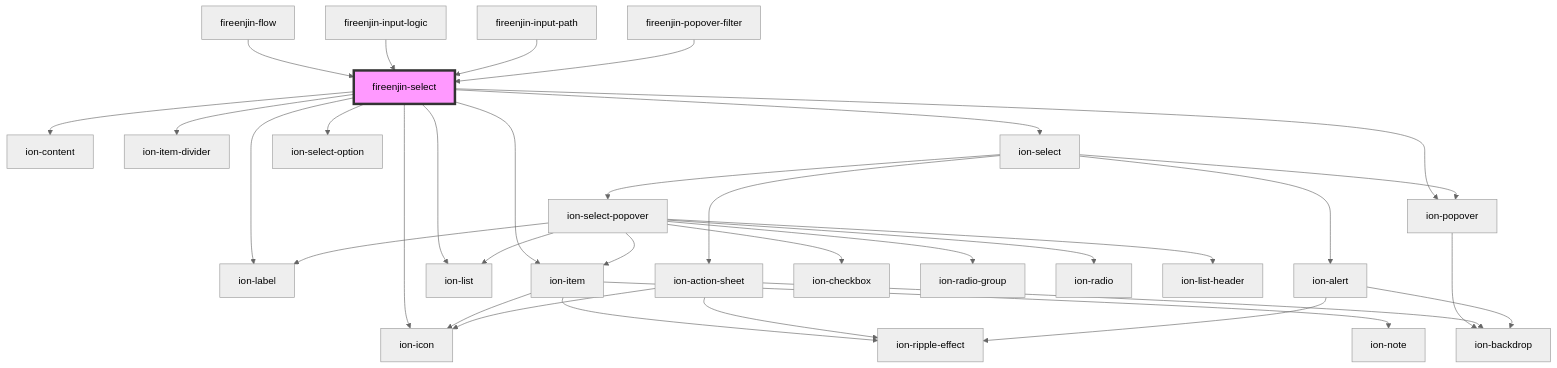
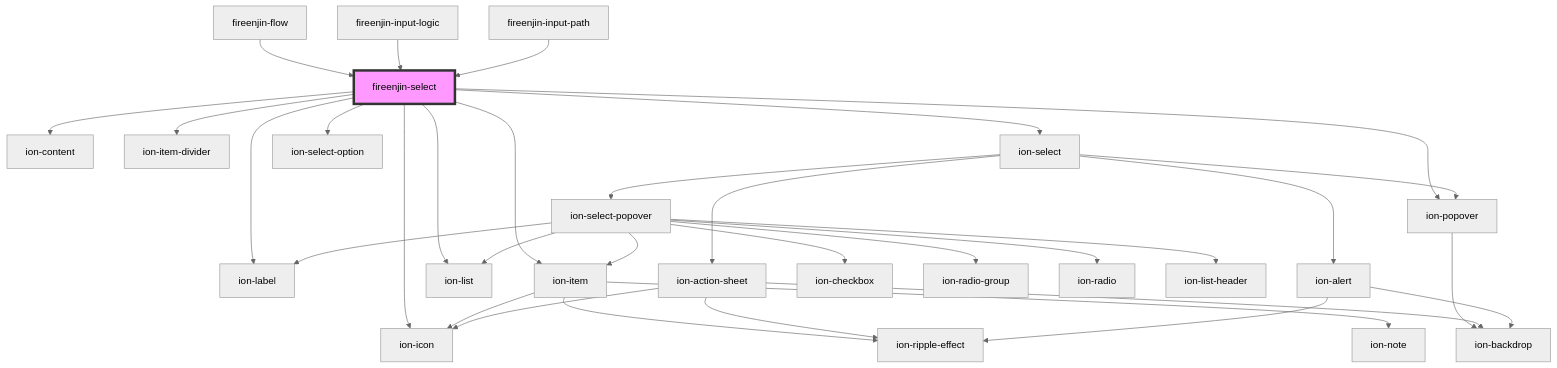
One commit to FireEnjin/Components changed the diagram in src/components/select/readme.md. Above: the diagram before and after it, drawn with Mermaid (neutral theme). The commit also changed other lines of this file and 12 other files, not shown here.

````diff
--- a/src/components/select/readme.md
+++ b/src/components/select/readme.md
@@ -74,37 +73,36 @@
 ```mermaid
 graph TD;
   fireenjin-select --> ion-label
   fireenjin-select --> ion-item
   fireenjin-select --> ion-popover
   fireenjin-select --> ion-content
   fireenjin-select --> ion-list
   fireenjin-select --> ion-item-divider
   fireenjin-select --> ion-select
   fireenjin-select --> ion-select-option
   fireenjin-select --> ion-icon
   ion-item --> ion-icon
   ion-item --> ion-ripple-effect
   ion-item --> ion-note
   ion-popover --> ion-backdrop
   ion-select --> ion-select-popover
   ion-select --> ion-popover
   ion-select --> ion-action-sheet
   ion-select --> ion-alert
   ion-select-popover --> ion-item
   ion-select-popover --> ion-checkbox
   ion-select-popover --> ion-label
   ion-select-popover --> ion-radio-group
   ion-select-popover --> ion-radio
   ion-select-popover --> ion-list
   ion-select-popover --> ion-list-header
   ion-action-sheet --> ion-backdrop
   ion-action-sheet --> ion-icon
   ion-action-sheet --> ion-ripple-effect
   ion-alert --> ion-ripple-effect
   ion-alert --> ion-backdrop
   fireenjin-flow --> fireenjin-select
   fireenjin-input-logic --> fireenjin-select
   fireenjin-input-path --> fireenjin-select
-  fireenjin-popover-filter --> fireenjin-select
   style fireenjin-select fill:#f9f,stroke:#333,stroke-width:4px
 ```
````
